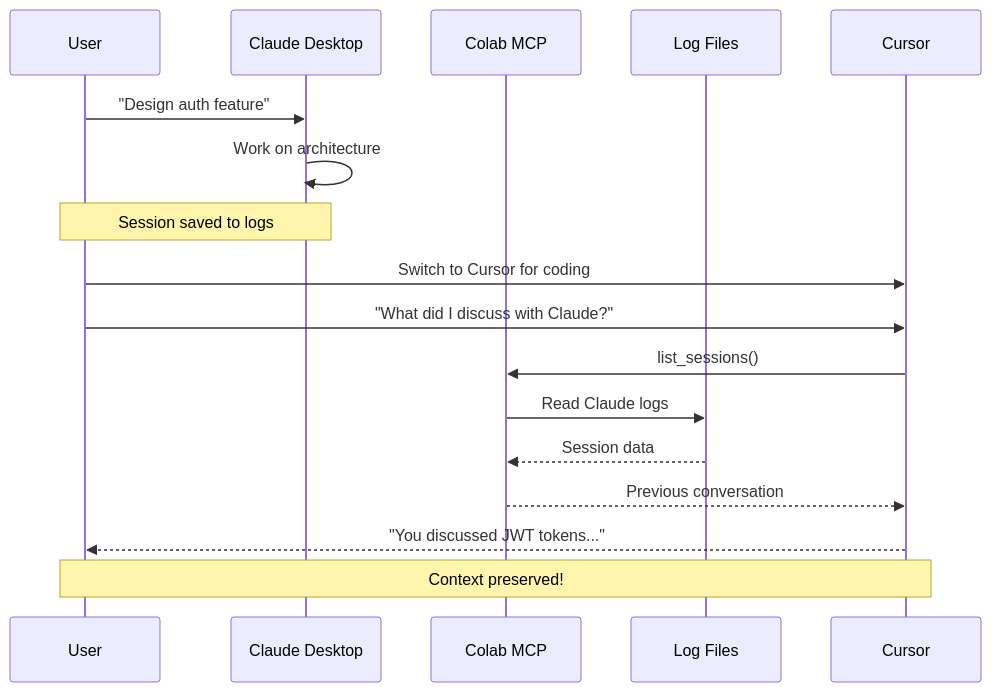
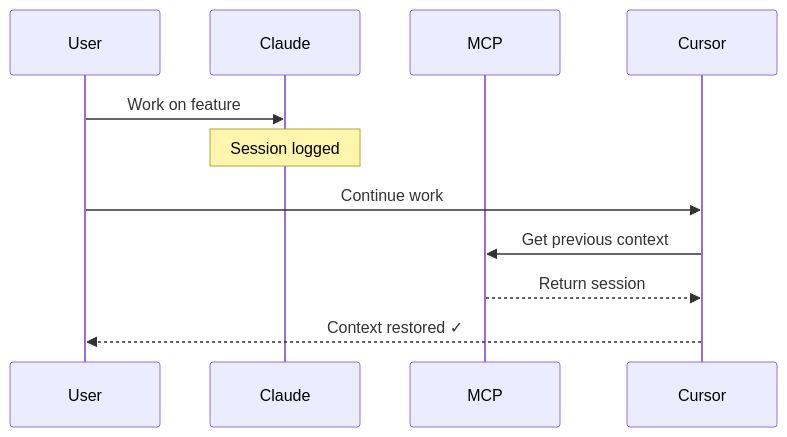
Before and after one commit to covertlabsaus/colab-mcp: the third of 4 diagrams in README.md, drawn with Mermaid. The commit also changed other lines of this file and 1 other file, not shown here.

Commit message:
Simplify Mermaid diagrams with muted colors

````diff
--- a/README.md
+++ b/README.md
@@ -77,21 +62,14 @@
 ```mermaid
 sequenceDiagram
-    participant U as User
-    participant C as Claude Desktop
-    participant MCP as Colab MCP
-    participant Logs as Log Files
-    participant Cur as Cursor
+    participant User
+    participant Claude
+    participant MCP
+    participant Cursor
 
-    U->>C: "Design auth feature"
-    C->>C: Work on architecture
-    Note over U,C: Session saved to logs
-    
-    U->>Cur: Switch to Cursor for coding
-    U->>Cur: "What did I discuss with Claude?"
-    Cur->>MCP: list_sessions()
-    MCP->>Logs: Read Claude logs
-    Logs-->>MCP: Session data
-    MCP-->>Cur: Previous conversation
-    Cur-->>U: "You discussed JWT tokens..."
-    Note over U,Cur: Context preserved!
+    User->>Claude: Work on feature
+    Note over Claude: Session logged
+    User->>Cursor: Continue work
+    Cursor->>MCP: Get previous context
+    MCP-->>Cursor: Return session
+    Cursor-->>User: Context restored ✓
 ```
````
